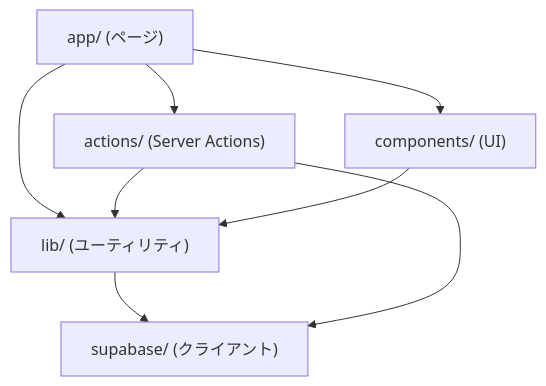
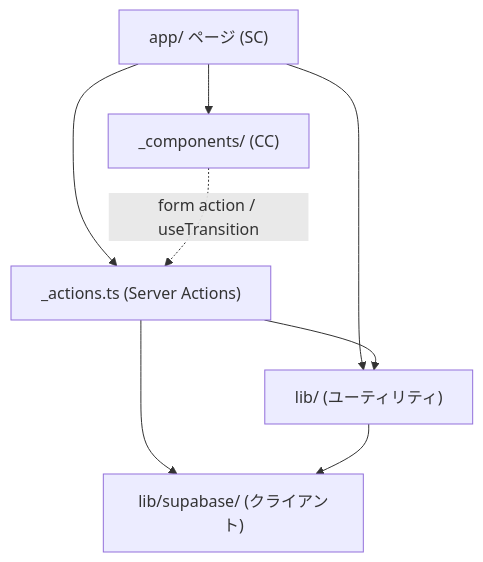
One commit to garchomp-game/opsHub-doc changed the first of 2 diagrams in src/content/docs/detail/modules/index.md. Above: the diagram before and after it, drawn with Mermaid. The commit also changed other lines of this file and 39 other files, not shown here.

````diff
--- a/src/content/docs/detail/modules/index.md
+++ b/src/content/docs/detail/modules/index.md
@@ -81,10 +140,10 @@
 ```mermaid
 graph TD
-    A["app/ (ページ)"] --> B["actions/ (Server Actions)"]
-    A --> C["components/ (UI)"]
+    A["app/ ページ (SC)"] --> B["_actions.ts (Server Actions)"]
+    A --> C["_components/ (CC)"]
     A --> D["lib/ (ユーティリティ)"]
     B --> D
-    C --> D
-    D --> E["supabase/ (クライアント)"]
-    B --> E
+    B --> E["lib/supabase/ (クライアント)"]
+    C -.->|"form action / useTransition"| B
+    D --> E
 ```
````
